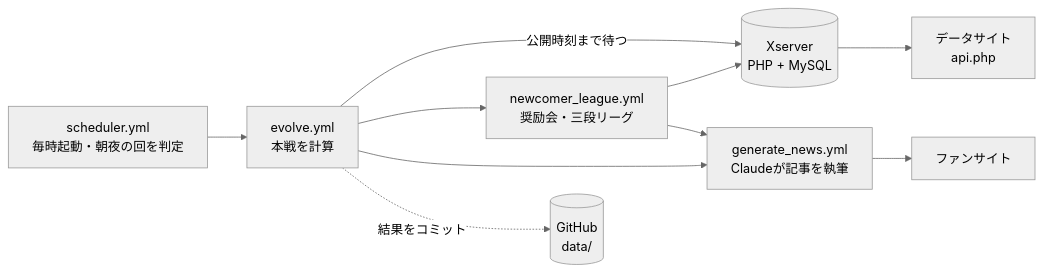
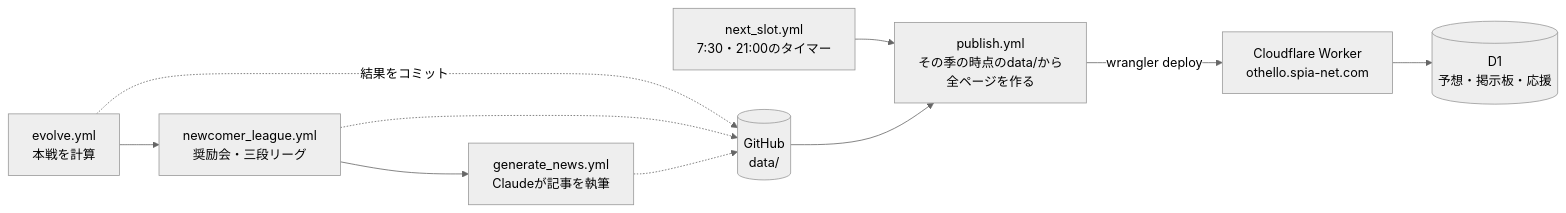
One commit to tikaakat/othello-league changed the diagram in README.md. Above: the diagram before and after it, drawn with Mermaid (neutral theme). The commit also changed other lines of this file and 18 other files, not shown here.

First line of the commit message:
オセロを Cloudflare（Worker + D1）へ移す (#369)

````diff
--- a/README.md
+++ b/README.md
@@ -13,12 +13,12 @@
 ```mermaid
 flowchart LR
-  S[scheduler.yml<br/>毎時起動・朝夜の回を判定] --> E[evolve.yml<br/>本戦を計算]
-  E -->|公開時刻まで待つ| X[(Xserver<br/>PHP + MySQL)]
-  E --> N[newcomer_league.yml<br/>奨励会・三段リーグ]
-  N --> X
-  E --> G[generate_news.yml<br/>Claudeが記事を執筆]
-  N --> G
-  G --> F[ファンサイト]
-  X --> D[データサイト<br/>api.php]
+  E[evolve.yml<br/>本戦を計算] --> N[newcomer_league.yml<br/>奨励会・三段リーグ]
+  N --> G[generate_news.yml<br/>Claudeが記事を執筆]
   E -.結果をコミット.-> R[(GitHub<br/>data/)]
+  N -.-> R
+  G -.-> R
+  T[next_slot.yml<br/>7:30・21:00のタイマー] --> P[publish.yml<br/>その季の時点のdata/から<br/>全ページを作る]
+  R --> P
+  P -->|wrangler deploy| C[Cloudflare Worker<br/>othello.spia-net.com]
+  C --> D1[(D1<br/>予想・掲示板・応援)]
 ```
````
